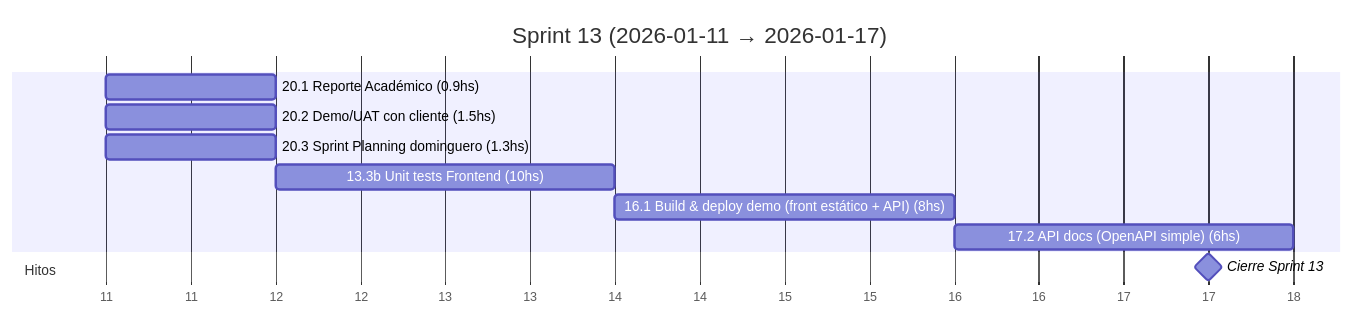
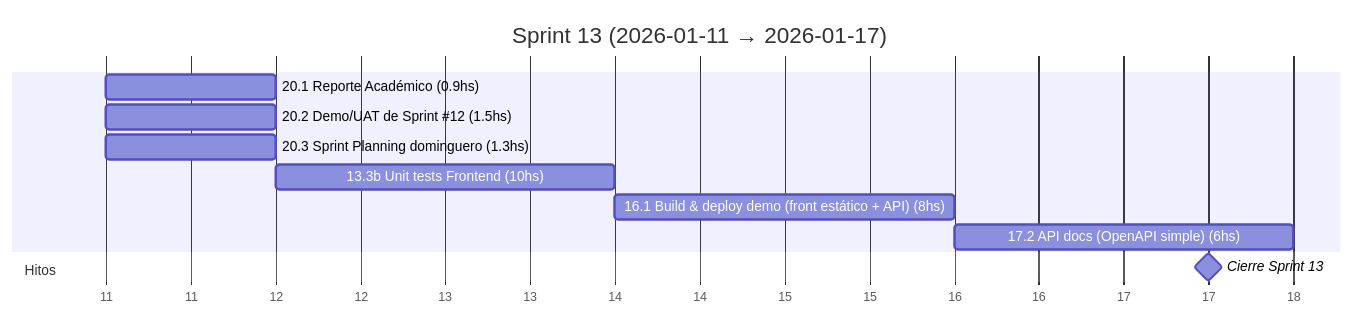
Before and after one commit to MarkMed/FleetMan: diagram 14 of 19 in docs/SprintsGantts.md, drawn with Mermaid. The commit also changed other lines of this file and 2 other files, not shown here.

Commit message:
feat: Update Sprint planning for sprint 11 and update Gantt charts

````diff
--- a/docs/SprintsGantts.md
+++ b/docs/SprintsGantts.md
@@ -404,18 +408,18 @@
 ```mermaid
 gantt
   title Sprint 13 (2026-01-11 → 2026-01-17)
   dateFormat  YYYY-MM-DD
   axisFormat  %d
 
   %% Asumimos 5 h/día. Horas estimadas incluidas en el nombre.
 
   20.1 Reporte Académico (0.9hs)               :t201, 2026-01-11, 1d
-  20.2 Demo/UAT con cliente (1.5hs)            :t202, 2026-01-11, 1d
+  20.2 Demo/UAT de Sprint #12 (1.5hs)          :t202, 2026-01-11, 1d
   20.3 Sprint Planning dominguero (1.3hs)      :t203, 2026-01-11, 1d
   13.3b Unit tests Frontend (10hs)             :t133b, after t203, 2d
   16.1 Build & deploy demo (front estático + API) (8hs) :t161, after t133b, 2d
   17.2 API docs (OpenAPI simple) (6hs)         :t172, after t161, 2d
 
   section Hitos
   Cierre Sprint 13                             :milestone, s13, 2026-01-17, 1d
 ```
````
